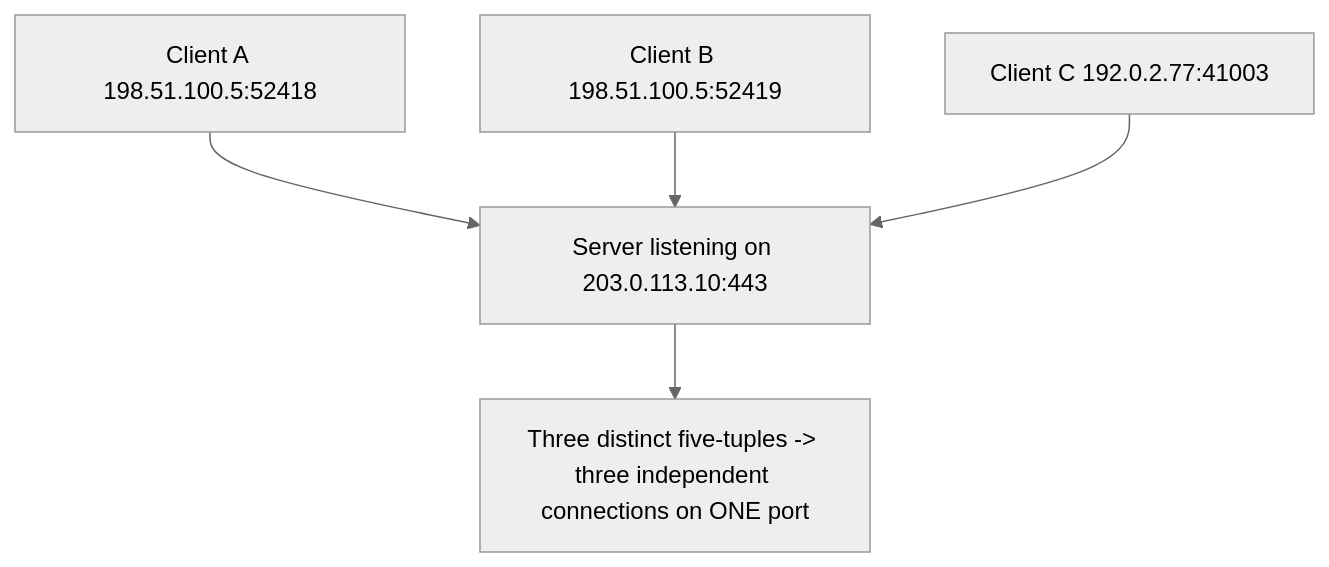
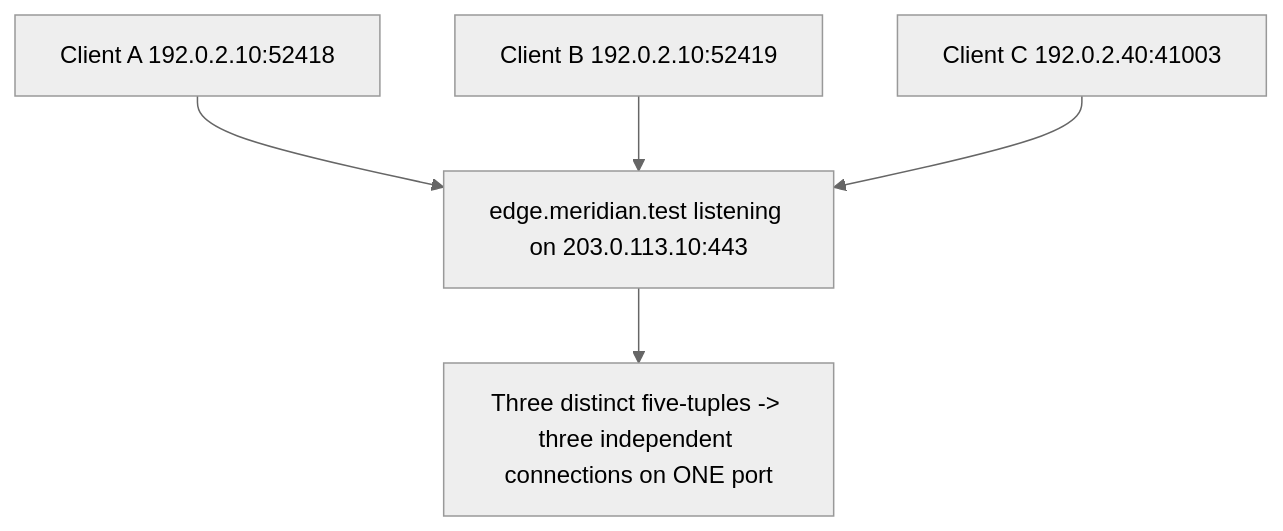
One commit to nnr-root/cybersec-crook2root-notes changed the diagram in Networking/Transport Layer & Sockets/Ports & Sockets.md. Above: the diagram before and after it, drawn with Mermaid (neutral theme). The commit also changed other lines of this file and 6 other files, not shown here.

````diff
--- a/Networking/Transport Layer & Sockets/Ports & Sockets.md
+++ b/Networking/Transport Layer & Sockets/Ports & Sockets.md
@@ -124,8 +156,8 @@
 ```mermaid
 flowchart TB
-    S["Server listening on 203.0.113.10:443"]
-    C1["Client A 198.51.100.5:52418"] --> S
-    C2["Client B 198.51.100.5:52419"] --> S
-    C3["Client C 192.0.2.77:41003"] --> S
+    S["edge.meridian.test listening on 203.0.113.10:443"]
+    C1["Client A 192.0.2.10:52418"] --> S
+    C2["Client B 192.0.2.10:52419"] --> S
+    C3["Client C 192.0.2.40:41003"] --> S
     S --> T["Three distinct five-tuples -> three independent connections on ONE port"]
 ```
````
